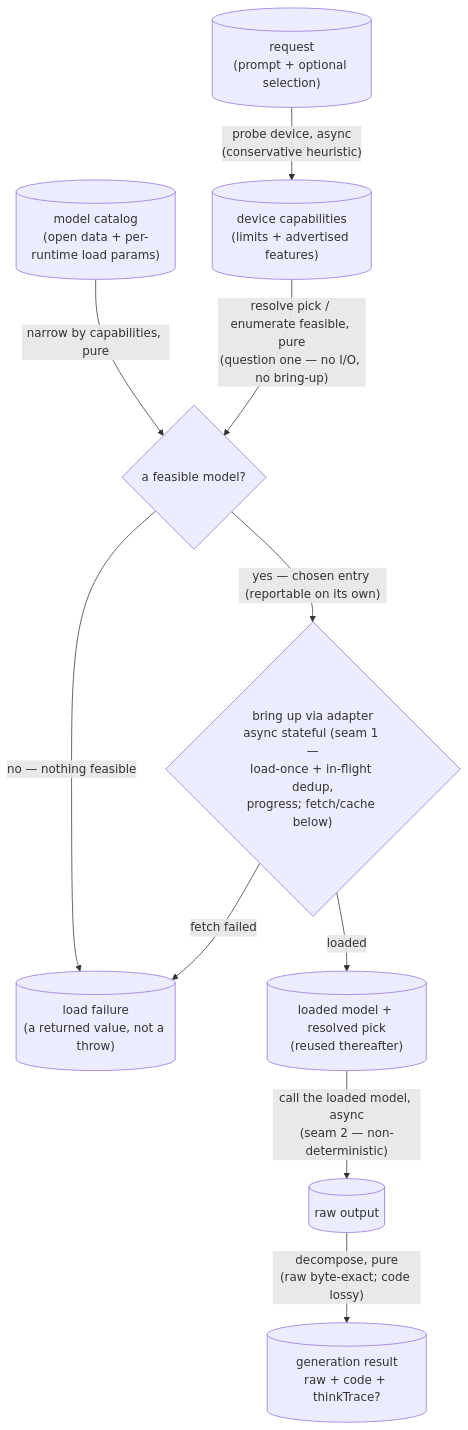
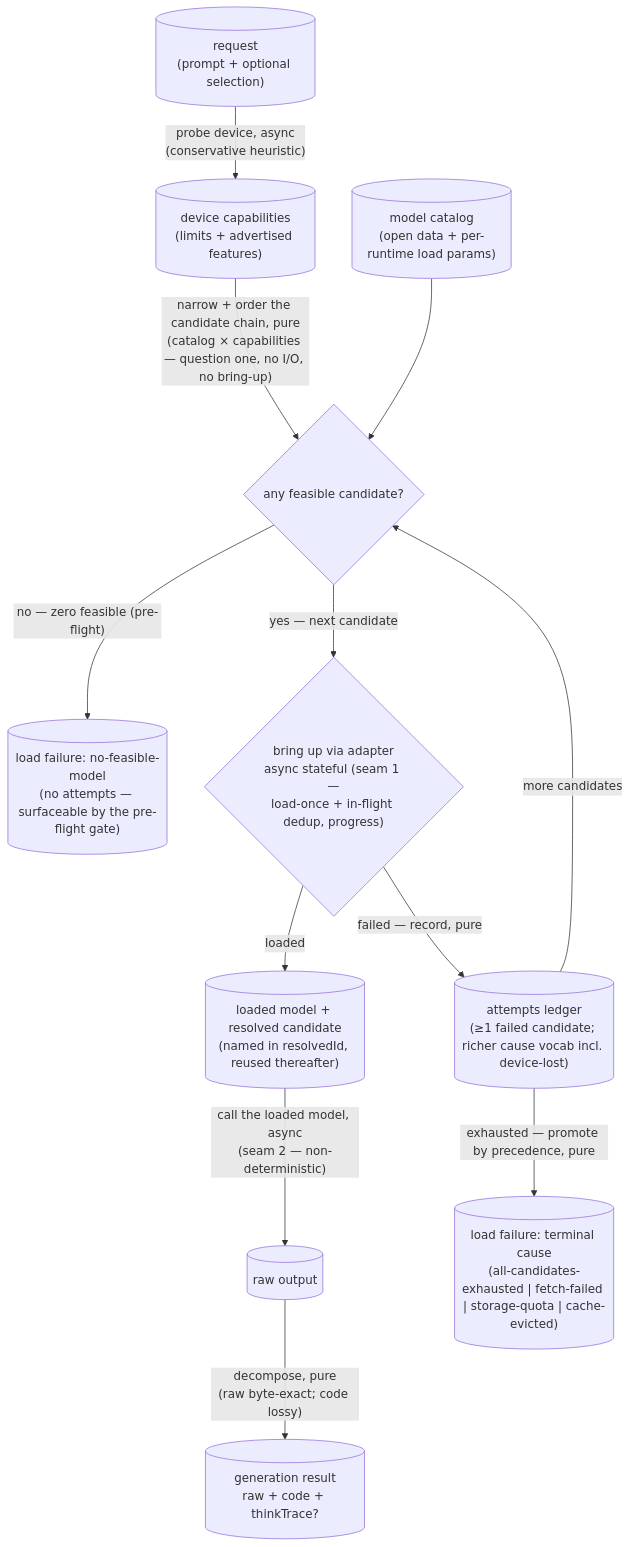
One commit to codeschoolinabox/curricula changed the diagram in src/lib/study-lenses/lib/local-llm/DOCS.md. Above: the diagram before and after it, drawn with Mermaid. The commit also changed other lines of this file and 2 other files, not shown here.

First line of the commit message:
docs: design local-llm bring-up fallback chain + honest failure taxonomy (DDD Phase 0)

````diff
--- a/src/lib/study-lenses/lib/local-llm/DOCS.md
+++ b/src/lib/study-lenses/lib/local-llm/DOCS.md
@@ -61,12 +74,14 @@
 ```mermaid
 flowchart TD
     req[("request<br/>(prompt + optional selection)")] -->|"probe device, async<br/>(conservative heuristic)"| caps[("device capabilities<br/>(limits + advertised features)")]
-    catalog[("model catalog<br/>(open data + per-runtime load params)")] -->|"narrow by capabilities, pure"| sel
-    caps -->|"resolve pick / enumerate feasible, pure<br/>(question one — no I/O, no bring-up)"| sel{"a feasible model?"}
-    sel -->|"no — nothing feasible"| fail[("load failure<br/>(a returned value, not a throw)")]
-    sel -->|"yes — chosen entry (reportable on its own)"| up{"bring up via adapter<br/>async stateful (seam 1 —<br/>load-once + in-flight dedup,<br/>progress; fetch/cache below)"}
-    up -->|"fetch failed"| fail
-    up -->|"loaded"| model[("loaded model + resolved pick<br/>(reused thereafter)")]
+    catalog[("model catalog<br/>(open data + per-runtime load params)")] --> chain
+    caps -->|"narrow + order the candidate chain, pure<br/>(catalog × capabilities — question one, no I/O, no bring-up)"| chain{"any feasible candidate?"}
+    chain -->|"no — zero feasible (pre-flight)"| pf[("load failure: no-feasible-model<br/>(no attempts — surfaceable by the pre-flight gate)")]
+    chain -->|"yes — next candidate"| up{"bring up via adapter<br/>async stateful (seam 1 —<br/>load-once + in-flight dedup, progress)"}
+    up -->|"loaded"| model[("loaded model + resolved candidate<br/>(named in resolvedId, reused thereafter)")]
+    up -->|"failed — record, pure"| ledger[("attempts ledger<br/>(≥1 failed candidate; richer cause vocab incl. device-lost)")]
+    ledger -->|"more candidates"| chain
+    ledger -->|"exhausted — promote by precedence, pure"| post[("load failure: terminal cause<br/>(all-candidates-exhausted | fetch-failed | storage-quota | cache-evicted)")]
     model -->|"call the loaded model, async<br/>(seam 2 — non-deterministic)"| raw[("raw output")]
     raw -->|"decompose, pure<br/>(raw byte-exact; code lossy)"| result[("generation result<br/>raw + code + thinkTrace?")]
 ```
````
